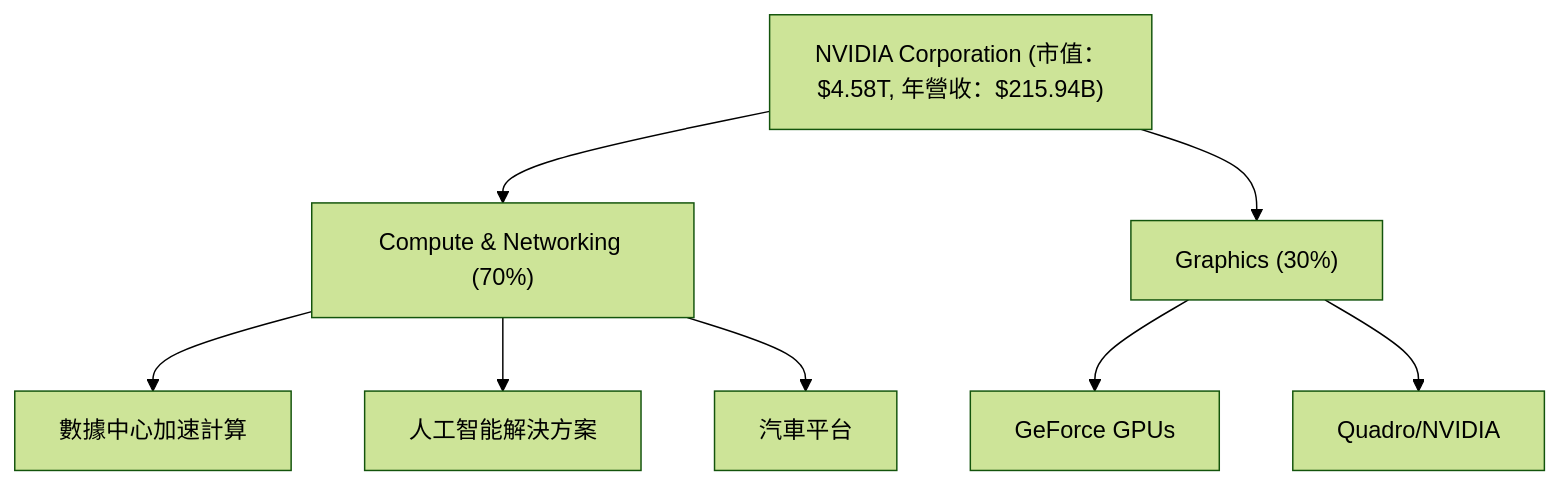
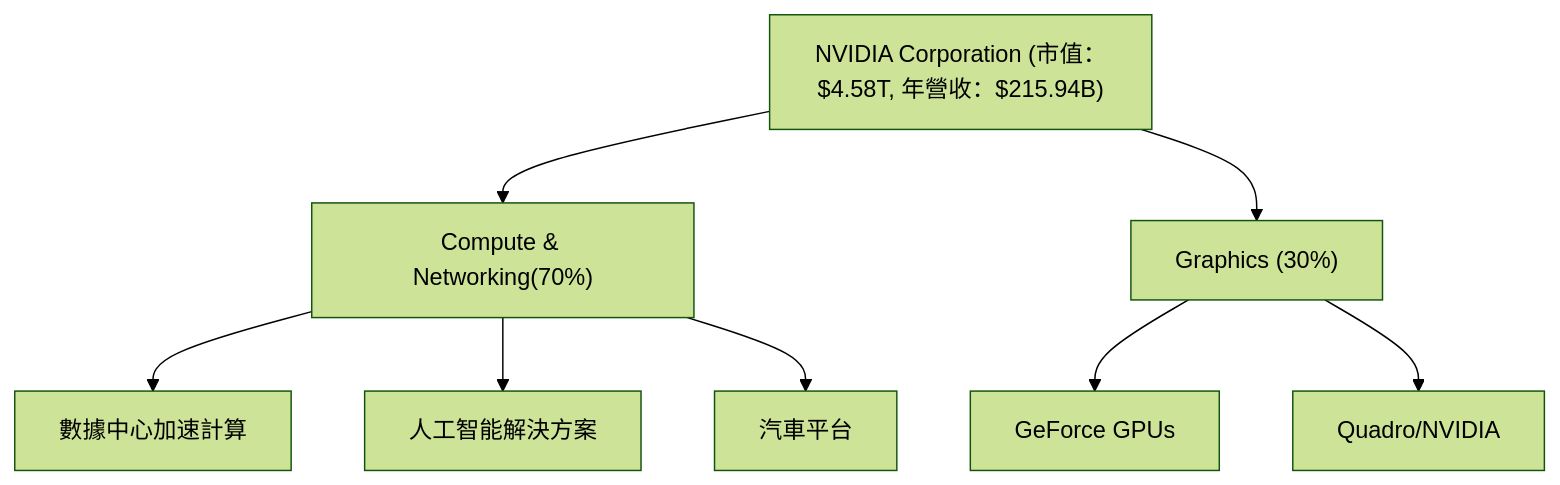
The second of 14 diagrams in ai_gen_report/stock/nvda/fundamental_analysis_2026-04-12_openai.md (yennanliu/finance_data), drawn with Mermaid (forest theme) before and after one commit. The commit also changed 2258 other files, not shown here.

First line of the commit message:
chore: backfill Mermaid syntax repair across existing reports

````diff
--- a/ai_gen_report/stock/nvda/fundamental_analysis_2026-04-12_openai.md
+++ b/ai_gen_report/stock/nvda/fundamental_analysis_2026-04-12_openai.md
@@ -120,14 +120,14 @@
 ```mermaid
 graph TD
     COMPANY["NVIDIA Corporation (市值：$4.58T, 年營收：$215.94B)"]
 
-    COMPANY --> Compute["Compute & Networking (70%)"]
+    COMPANY --> Compute["Compute & Networking(70%)"]
     Compute --> Sub1["數據中心加速計算"]
     Compute --> Sub2["人工智能解決方案"]
     Compute --> Sub3["汽車平台"]
 
     COMPANY --> Graphics["Graphics (30%)"]
     Graphics --> Sub4["GeForce GPUs"]
     Graphics --> Sub5["Quadro/NVIDIA"]
 
 ```
````
